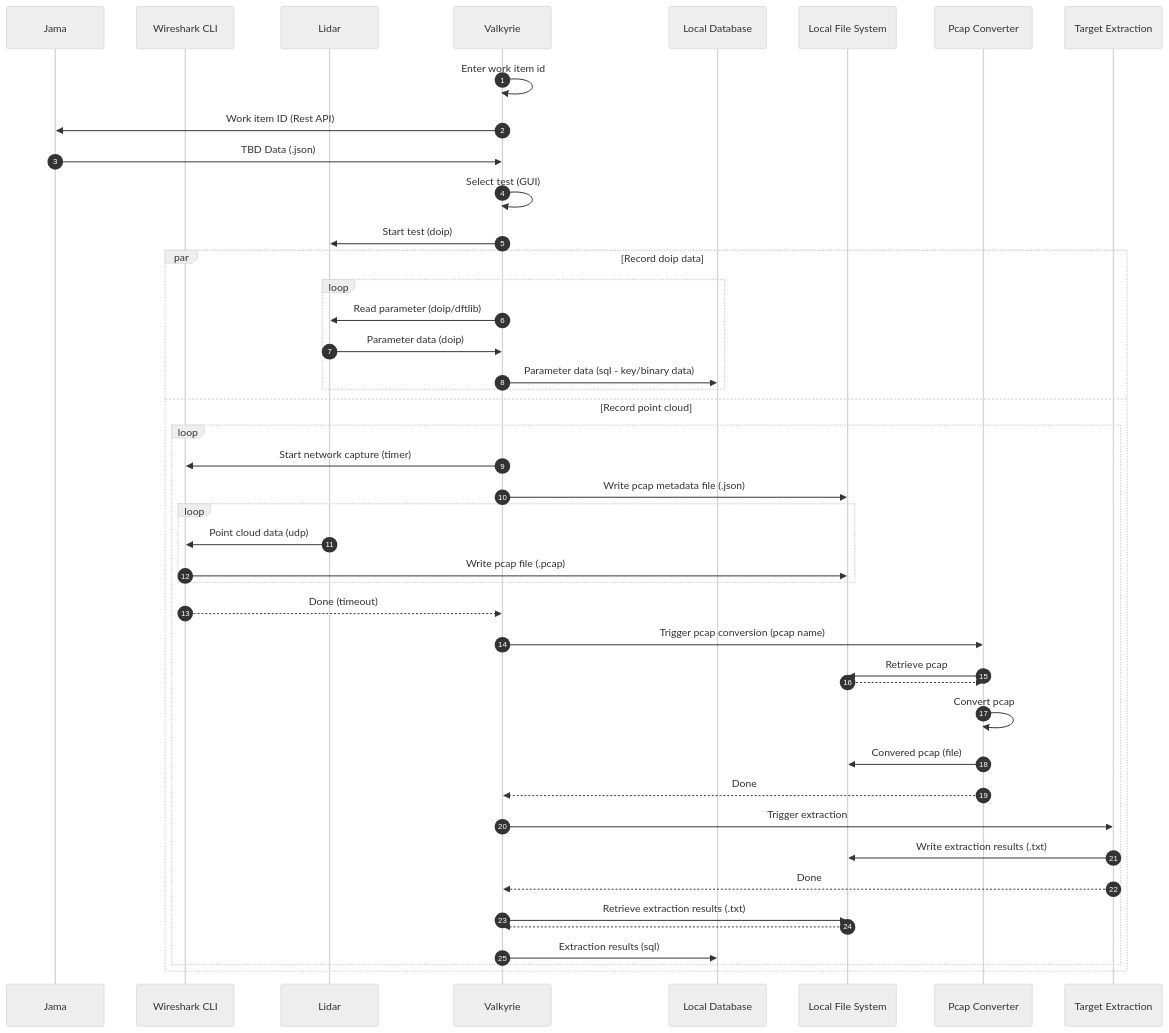
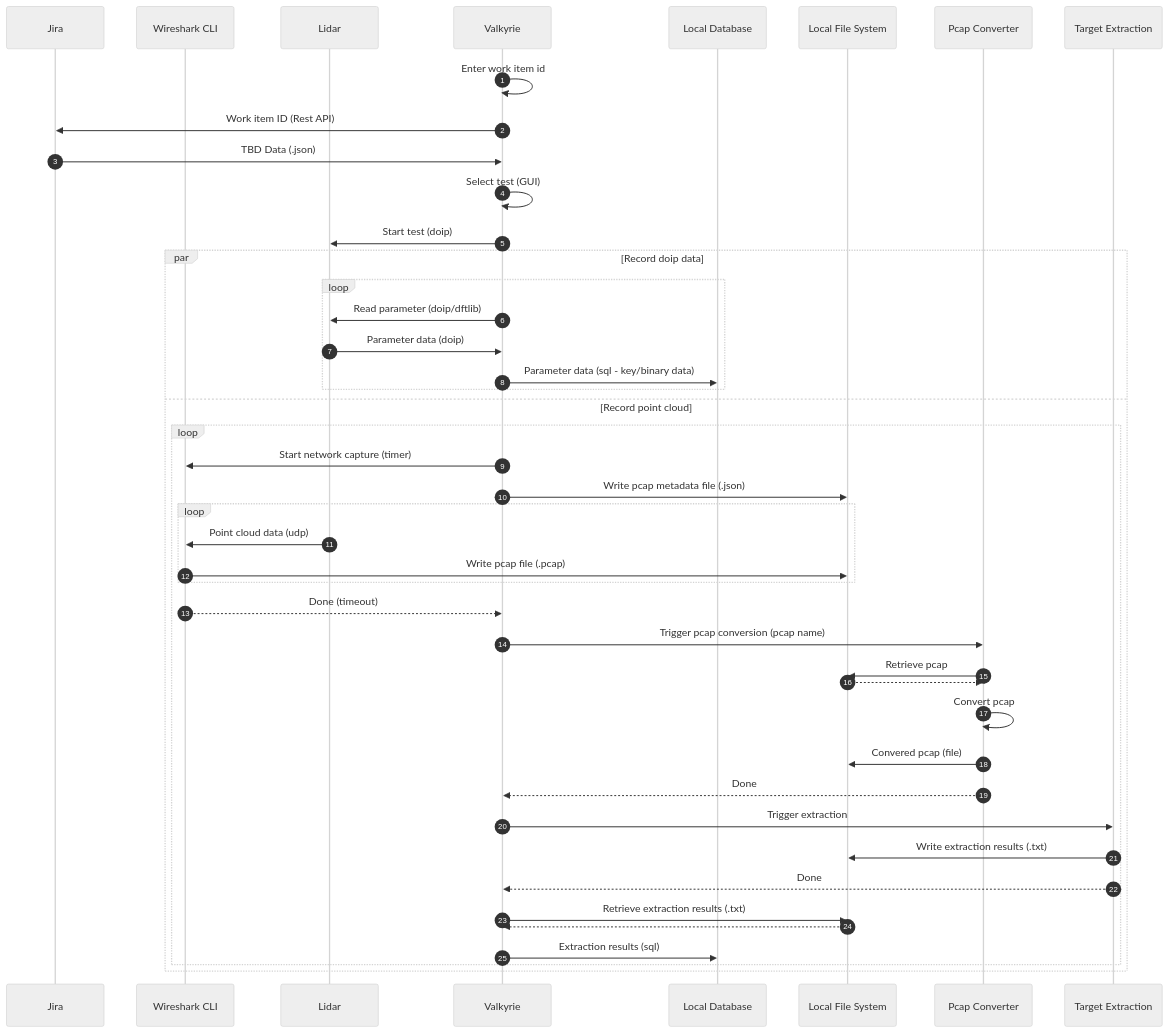
Before and after one commit to matthew-beisser/testing-automation-pipeline-3: the first of 3 diagrams in docs/architecture/architecture.md, drawn with Mermaid.

Commit message:
Change Jama -> Jira architecture data collection

````diff
--- a/docs/architecture/architecture.md
+++ b/docs/architecture/architecture.md
@@ -45,56 +45,56 @@
 ```mermaid
 %%{
     init: {'theme': 'neutral' }
 }%%
 
 sequenceDiagram
     autonumber
 
-    Participant Jama
+    Participant Jira
     Participant WS as Wireshark CLI
     Participant Lidar
     Participant Valk as Valkyrie
     Participant DB as Local Database
     Participant FS as Local File System
     Participant PConvert as Pcap Converter
     Participant TE as Target Extraction
 
     Valk->>Valk: Enter work item id
-    Valk->>Jama: Work item ID (Rest API)
-    Jama->>Valk: TBD Data (.json)
+    Valk->>Jira: Work item ID (Rest API)
+    Jira->>Valk: TBD Data (.json)
     Valk->>Valk: Select test (GUI)
 
     Valk->>Lidar: Start test (doip)
 
     par Record doip data
         loop 
             Valk->>Lidar: Read parameter (doip/dftlib)
             Lidar->>Valk: Parameter data (doip)
             Valk->>DB: Parameter data (sql - key/binary data)
         end
     and Record point cloud
         loop 
             Valk->>WS: Start network capture (timer)
             Valk->>FS: Write pcap metadata file (.json)
             
             loop
                 Lidar->>WS: Point cloud data (udp)
                 WS->>FS: Write pcap file (.pcap)
             end
 
             WS-->>Valk: Done (timeout)
             Valk->>PConvert: Trigger pcap conversion (pcap name)
             PConvert->>FS: Retrieve pcap
             FS-->>PConvert: 
             PConvert->>PConvert: Convert pcap
             PConvert->>FS: Convered pcap (file)
             PConvert-->>Valk: Done
             Valk->>TE: Trigger extraction
             TE->>FS: Write extraction results (.txt)
             TE-->>Valk: Done
             Valk->>FS: Retrieve extraction results (.txt)
             FS-->>Valk: 
             Valk->>DB: Extraction results (sql)
         end
     end
 ```
````
